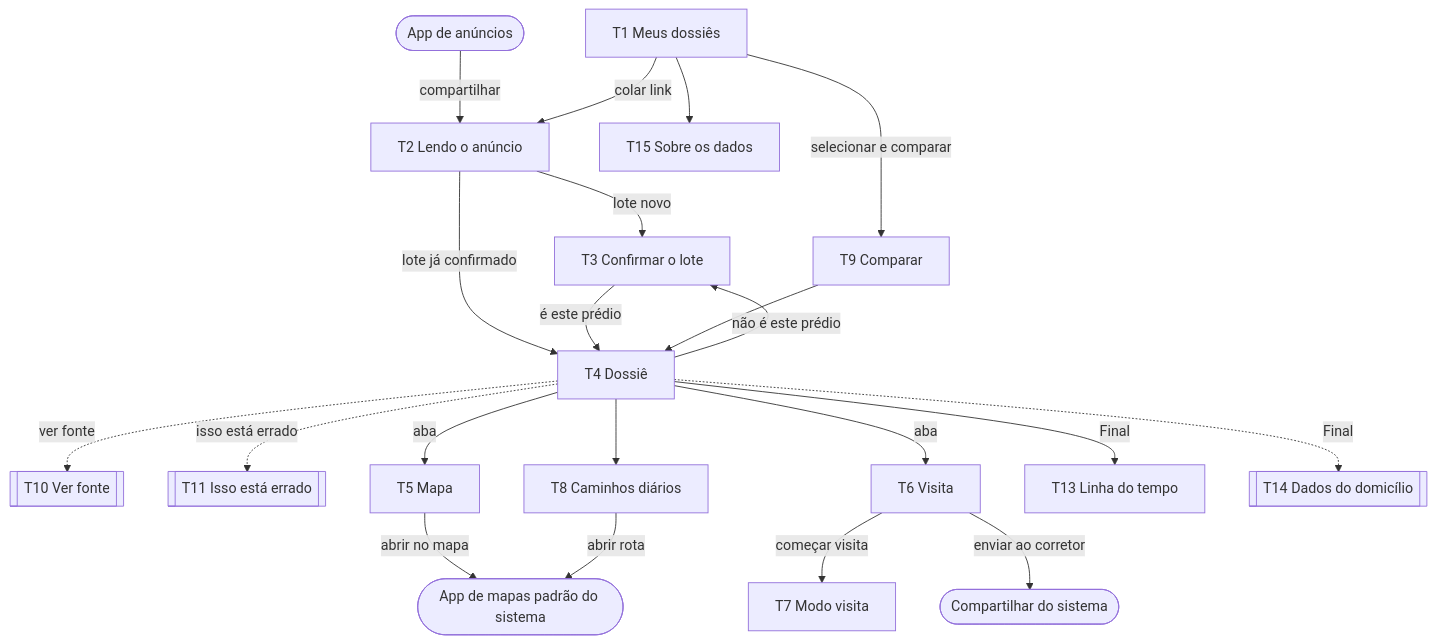
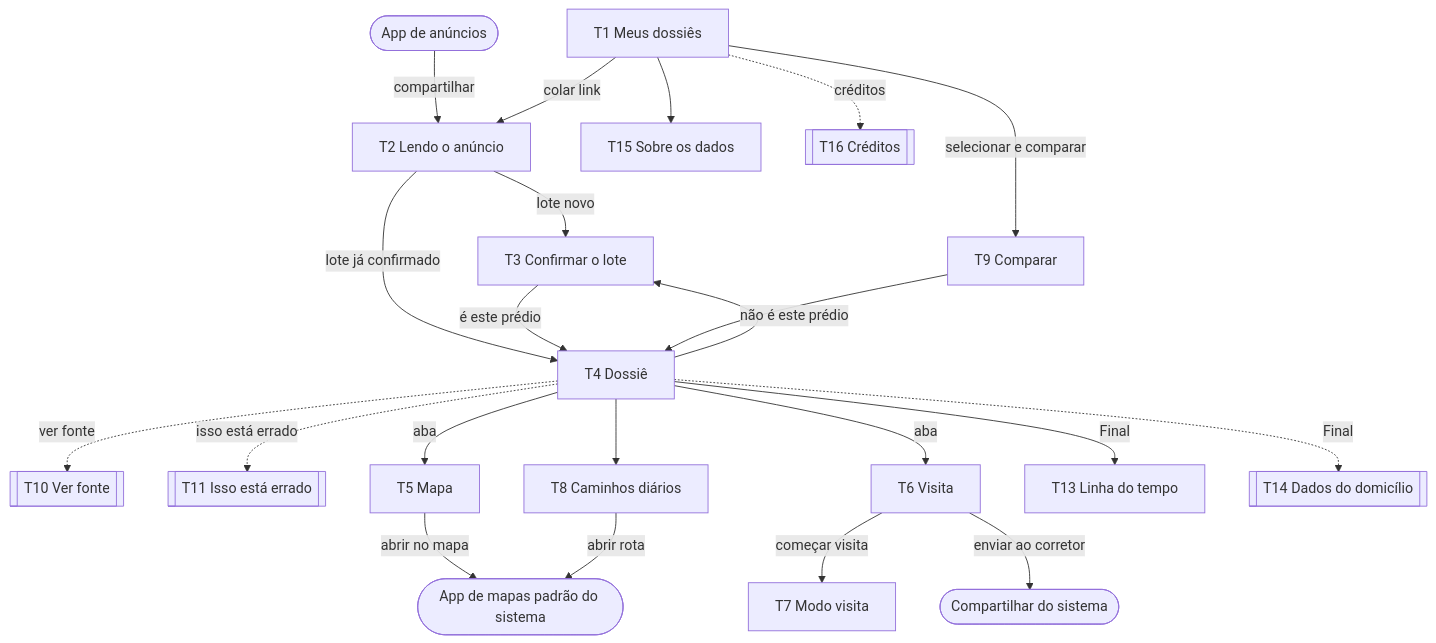
One commit to Artur-Mac/veredas changed the diagram in docs/ui-ux.md. Above: the diagram before and after it, drawn with Mermaid. The commit also changed other lines of this file and 13 other files, not shown here.

````diff
--- a/docs/ui-ux.md
+++ b/docs/ui-ux.md
@@ -363,23 +366,24 @@
 ```mermaid
 flowchart TD
   ext([App de anúncios]) -->|compartilhar| T2
   T1[T1 Meus dossiês] -->|colar link| T2[T2 Lendo o anúncio]
   T2 -->|lote novo| T3[T3 Confirmar o lote]
   T2 -->|lote já confirmado| T4
   T3 -->|é este prédio| T4[T4 Dossiê]
   T4 -->|não é este prédio| T3
   T4 -.->|ver fonte| T10[[T10 Ver fonte]]
   T4 -.->|isso está errado| T11[[T11 Isso está errado]]
   T4 -->|aba| T5[T5 Mapa]
   T4 -->|aba| T6[T6 Visita]
   T4 --> T8[T8 Caminhos diários]
   T5 -->|abrir no mapa| mapas([App de mapas padrão do sistema])
   T8 -->|abrir rota| mapas
   T6 -->|começar visita| T7[T7 Modo visita]
   T6 -->|enviar ao corretor| share([Compartilhar do sistema])
   T1 -->|selecionar e comparar| T9[T9 Comparar]
   T9 --> T4
   T1 --> T15[T15 Sobre os dados]
+  T1 -.->|créditos| T16[[T16 Créditos]]
   T4 -->|Final| T13[T13 Linha do tempo]
   T4 -.->|Final| T14[[T14 Dados do domicílio]]
 ```
````
